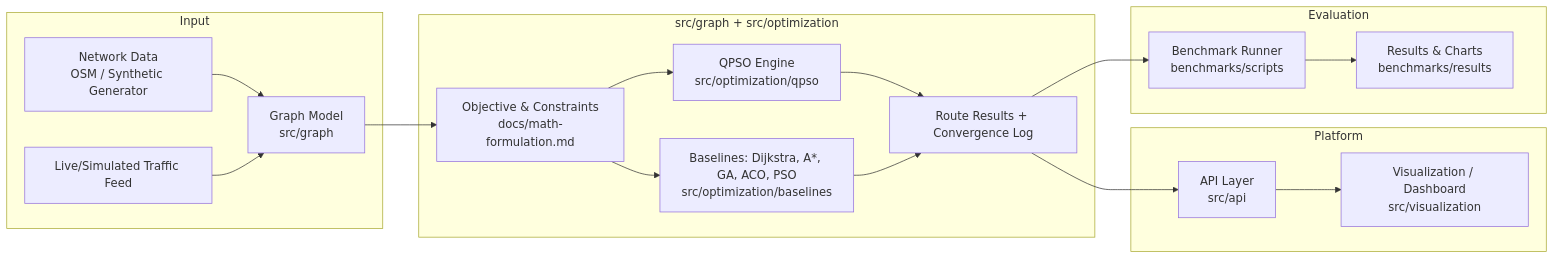
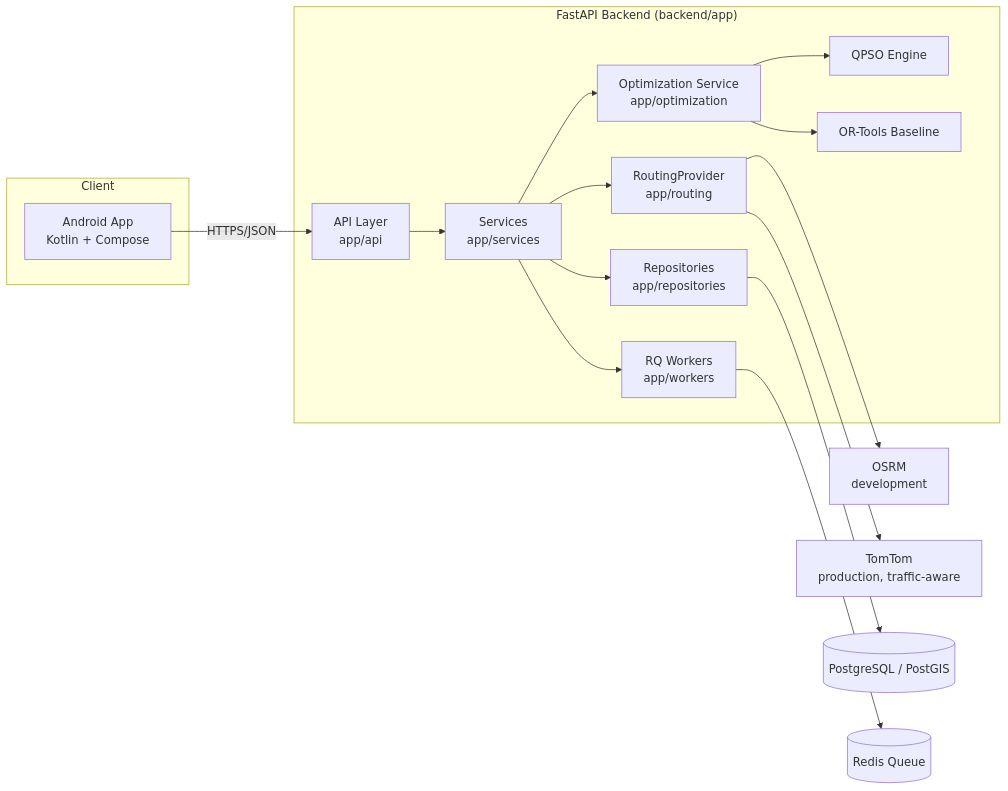
The diagram in docs/architecture.md (Nithi-tech/QTrace), drawn with Mermaid before and after one commit. The commit also changed other lines of this file and 53 other files, not shown here.

Commit message:
FastAPI backed implemented

````diff
--- a/docs/architecture.md
+++ b/docs/architecture.md
@@ -5,25 +5,23 @@
 ```mermaid
 flowchart LR
-    subgraph Input
-        A[Network Data<br/>OSM / Synthetic Generator] --> G
-        B[Live/Simulated Traffic Feed] --> G
+    subgraph Client
+        AND[Android App<br/>Kotlin + Compose]
     end
 
-    subgraph Core["src/graph + src/optimization"]
-        G[Graph Model<br/>src/graph] --> F[Objective &amp; Constraints<br/>docs/math-formulation.md]
-        F --> Q[QPSO Engine<br/>src/optimization/qpso]
-        F --> BASE[Baselines: Dijkstra, A*, GA, ACO, PSO<br/>src/optimization/baselines]
-        Q --> R[Route Results + Convergence Log]
-        BASE --> R
+    AND -- HTTPS/JSON --> API
+
+    subgraph Backend["FastAPI Backend (backend/app)"]
+        API[API Layer<br/>app/api] --> SVC[Services<br/>app/services]
+        SVC --> ROUTING[RoutingProvider<br/>app/routing]
+        SVC --> OPT[Optimization Service<br/>app/optimization]
+        SVC --> REPO[Repositories<br/>app/repositories]
+        OPT --> QPSO[QPSO Engine]
+        OPT --> ORTOOLS[OR-Tools Baseline]
+        SVC --> WORKERS[RQ Workers<br/>app/workers]
     end
 
-    subgraph Platform
-        R --> API[API Layer<br/>src/api]
-        API --> UI[Visualization / Dashboard<br/>src/visualization]
-    end
-
-    subgraph Evaluation
-        R --> BM[Benchmark Runner<br/>benchmarks/scripts]
-        BM --> RES[Results &amp; Charts<br/>benchmarks/results]
-    end
+    ROUTING --> OSRM[OSRM<br/>development]
+    ROUTING --> TOMTOM[TomTom<br/>production, traffic-aware]
+    REPO --> DB[(PostgreSQL / PostGIS)]
+    WORKERS --> REDIS[(Redis Queue)]
 ```
````
